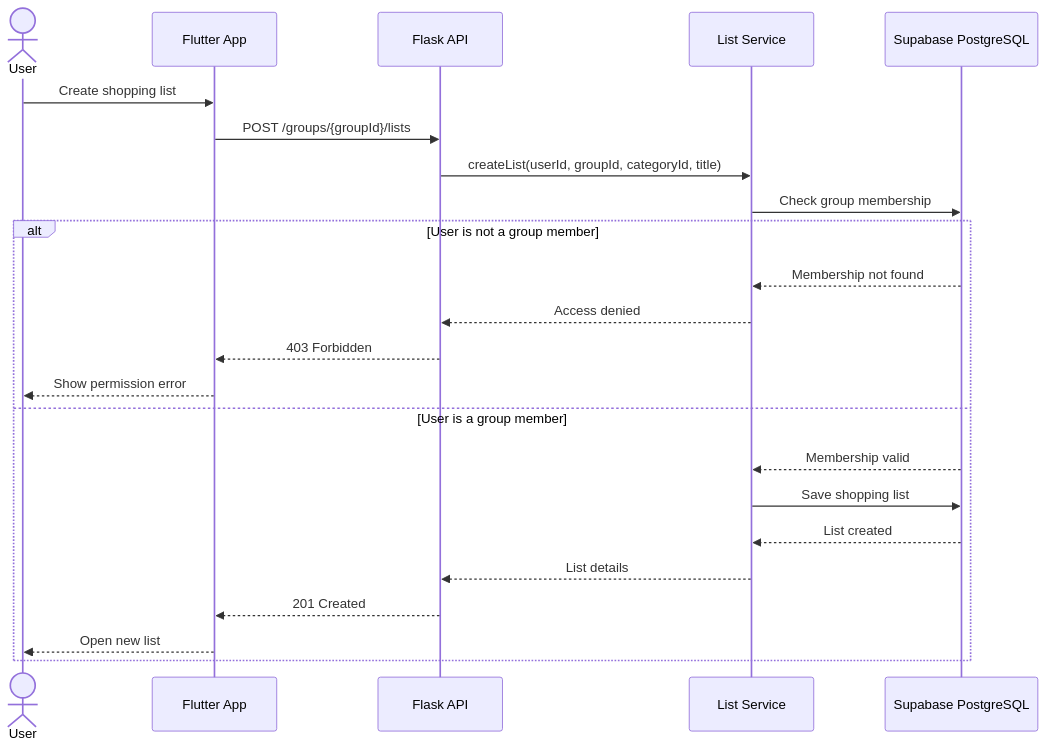
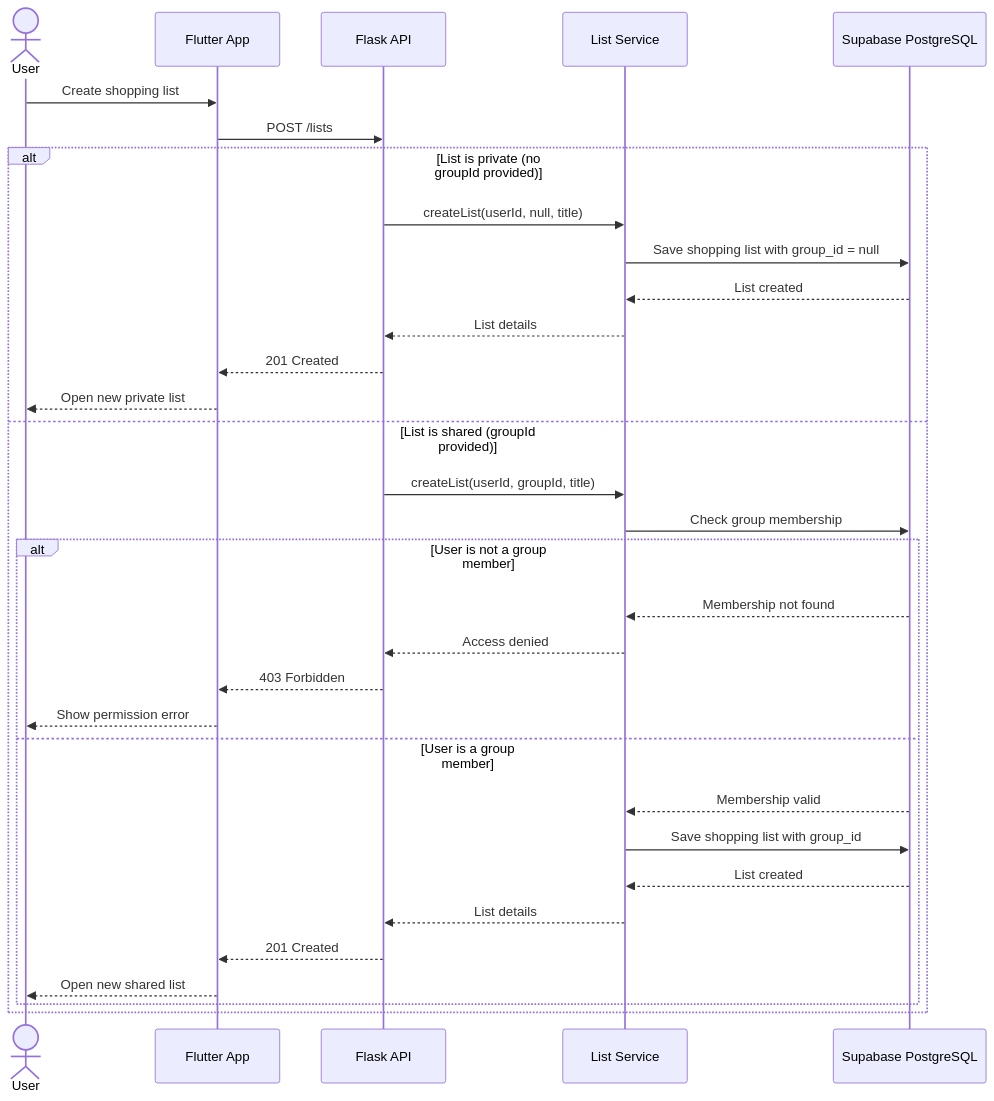
The sixth of 9 diagrams in sequence_d.md (MIS-hero/Thalaja-team), drawn with Mermaid before and after one commit. The commit also changed other lines of this file, not shown here.

Commit message:
Change actor from Admin to User in sequence diagrams
- Change Create Group actor from Admin to User (creator becomes
  admin via membership role, not a precondition)
- Change Join Group actor from Member to User for consistency
- Add private list branch to Create Shopping List (group_id null,
  no membership check) alongside existing shared list flow

````diff
--- a/sequence_d.md
+++ b/sequence_d.md
@@ -157,27 +157,37 @@
 ```mermaid
 sequenceDiagram
     actor User
     participant App as Flutter App
     participant API as Flask API
     participant ListService as List Service
     participant DB as Supabase PostgreSQL
 
     User->>App: Create shopping list
-    App->>API: POST /groups/{groupId}/lists
-    API->>ListService: createList(userId, groupId, categoryId, title)
-    ListService->>DB: Check group membership
+    App->>API: POST /lists
 
-    alt User is not a group member
-        DB-->>ListService: Membership not found
-        ListService-->>API: Access denied
-        API-->>App: 403 Forbidden
-        App-->>User: Show permission error
-    else User is a group member
-        DB-->>ListService: Membership valid
-        ListService->>DB: Save shopping list
+    alt List is private (no groupId provided)
+        API->>ListService: createList(userId, null, title)
+        ListService->>DB: Save shopping list with group_id = null
         DB-->>ListService: List created
         ListService-->>API: List details
         API-->>App: 201 Created
-        App-->>User: Open new list
+        App-->>User: Open new private list
+    else List is shared (groupId provided)
+        API->>ListService: createList(userId, groupId, title)
+        ListService->>DB: Check group membership
+
+        alt User is not a group member
+            DB-->>ListService: Membership not found
+            ListService-->>API: Access denied
+            API-->>App: 403 Forbidden
+            App-->>User: Show permission error
+        else User is a group member
+            DB-->>ListService: Membership valid
+            ListService->>DB: Save shopping list with group_id
+            DB-->>ListService: List created
+            ListService-->>API: List details
+            API-->>App: 201 Created
+            App-->>User: Open new shared list
+        end
     end
 ```
````
